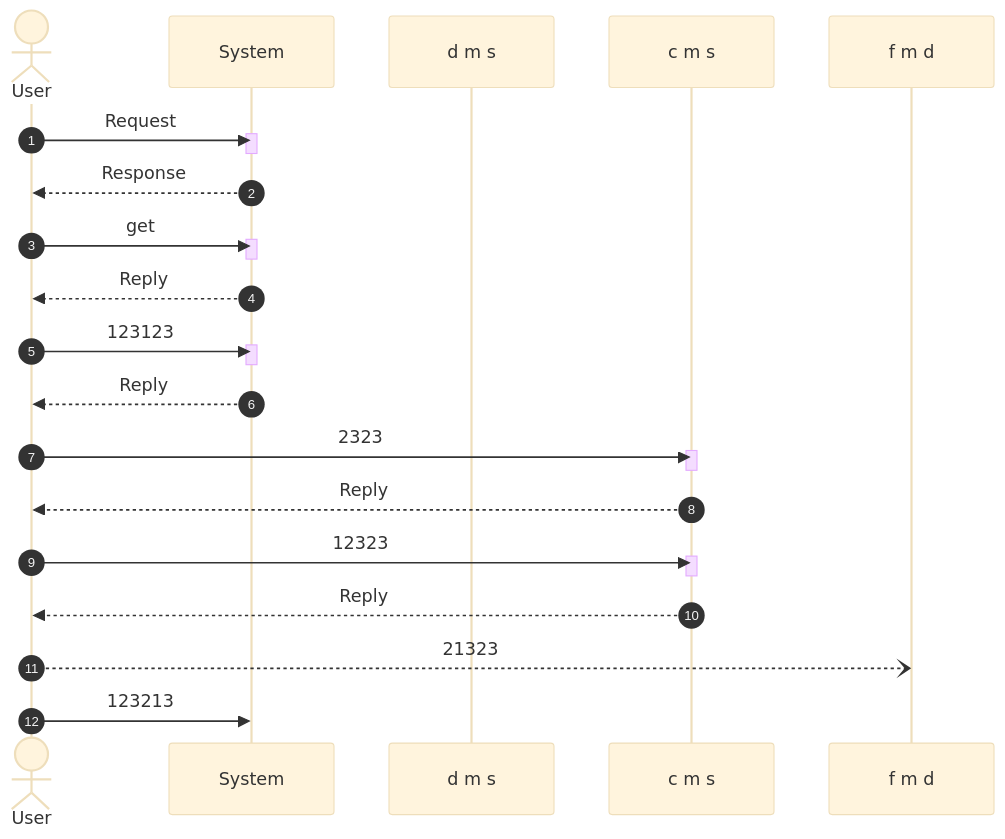
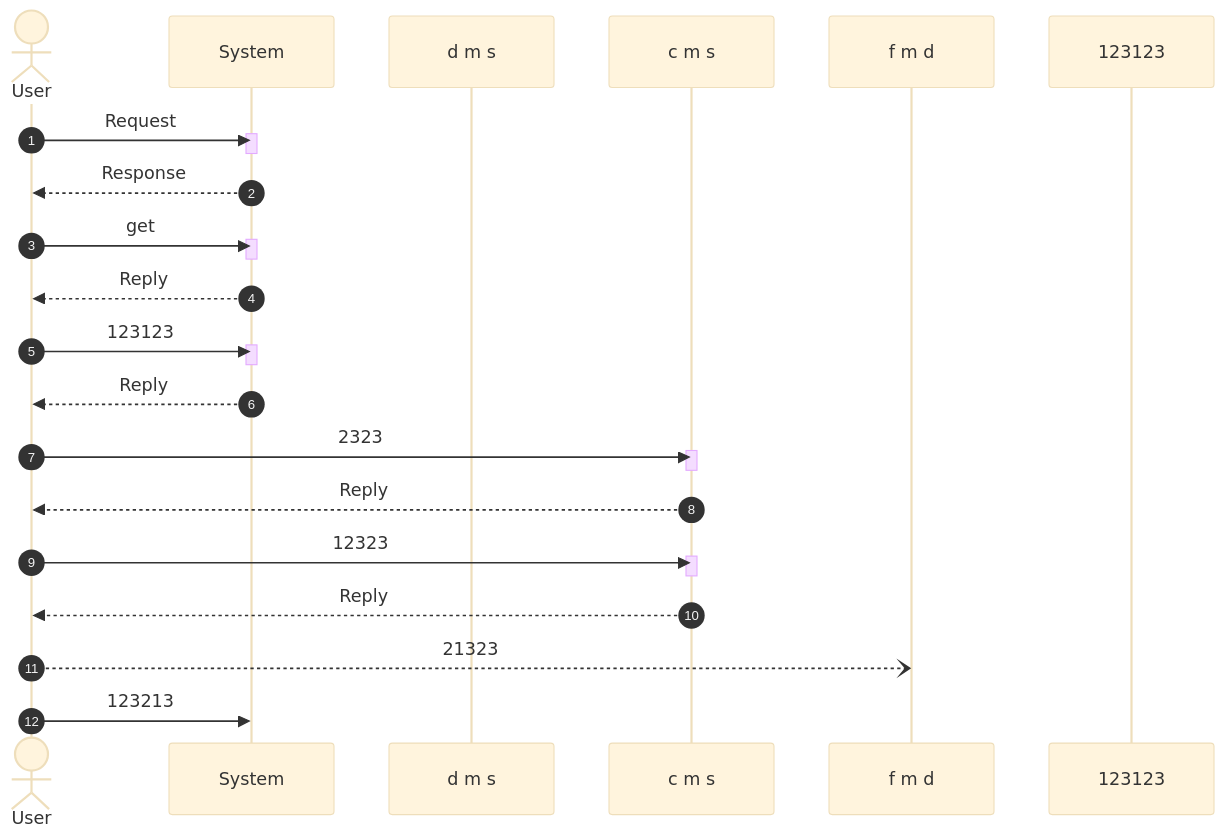
The diagram in mmd/123_b22299ee-543e-47dc-ad11-17cbdfb81d80.mmd (pingpm/mermaid_vault), drawn with Mermaid (base theme) before and after one commit. The commit also changed 2 other files, not shown here.

Commit message:
Sync Mermaid Studio data (4 diagrams)

```diff
--- a/mmd/123_b22299ee-543e-47dc-ad11-17cbdfb81d80.mmd
+++ b/mmd/123_b22299ee-543e-47dc-ad11-17cbdfb81d80.mmd
@@ -1,33 +1,34 @@
 sequenceDiagram
   autonumber
   actor p0 as User
   participant p1 as System
   participant p2 as d m s
   participant p3 as c m s
   participant p4 as f m d
+  participant p5 as 123123
   p0->>p1: Request
   activate p1
   deactivate p1
   p1-->>p0: Response
   p0->>p1: get
   activate p1
   deactivate p1
   p1-->>p0: Reply
   p0->>p1: 123123
   activate p1
   deactivate p1
   p1-->>p0: Reply
   p0->>p3: 2323
   activate p3
   deactivate p3
   p3-->>p0: Reply
   p0->>p3: 12323
   activate p3
   deactivate p3
   p3-->>p0: Reply
   p0--)p4: 21323
   p0->>p1: 123213
 
   %% Links
   %% [接口1] http://www.baidu.com (used in: get)
   %% [接口222] https://www.google.com (used in: 12323)
```
